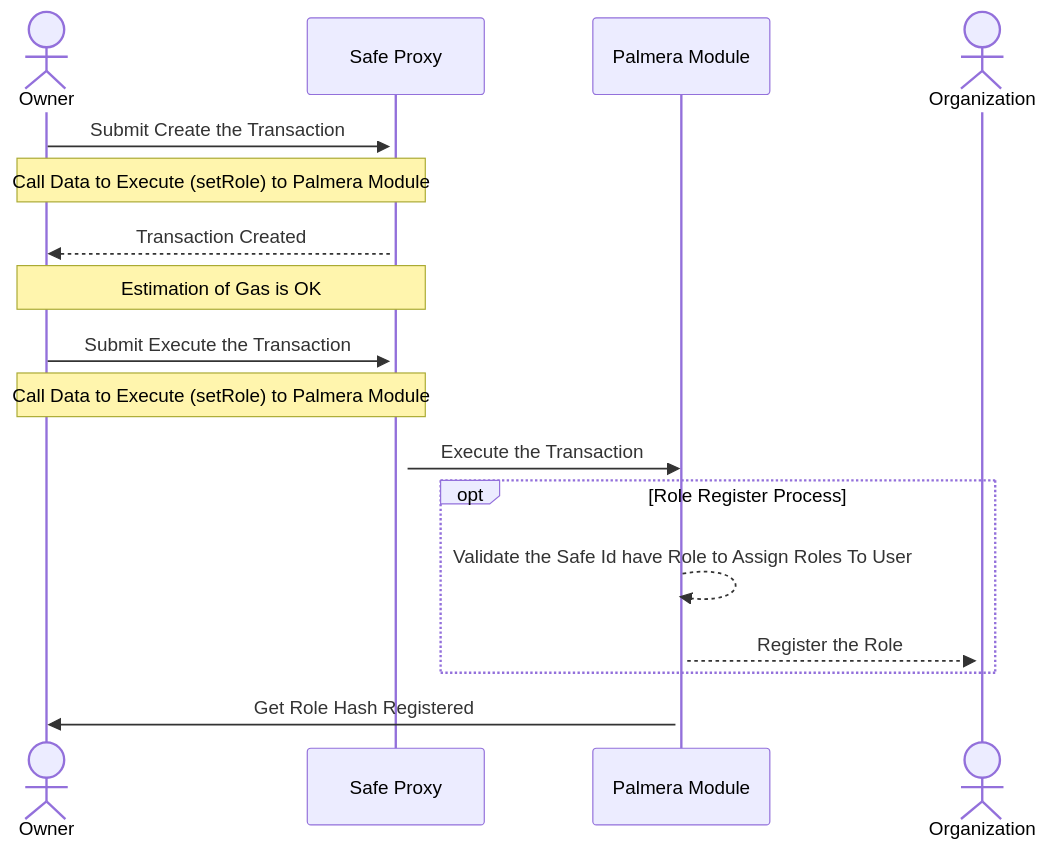
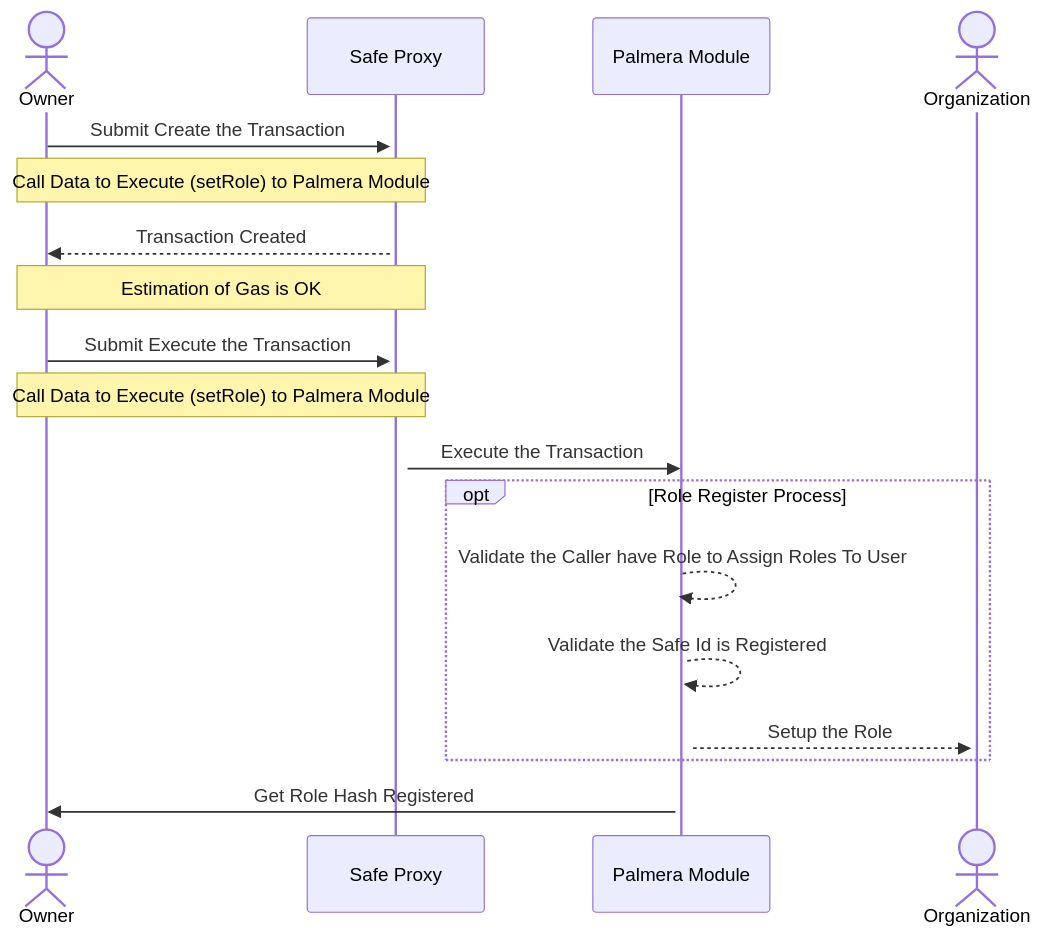
One commit to keyper-labs/PalmeraModule changed the fourth of 8 diagrams in doc/diagram/General Overview of Diagram.md. Above: the diagram before and after it, drawn with Mermaid. The commit also changed other lines of this file, not shown here.

Commit message:
ADD: add more diagrams

````diff
--- a/doc/diagram/General Overview of Diagram.md
+++ b/doc/diagram/General Overview of Diagram.md
@@ -132,20 +132,21 @@
 ```mermaid
 sequenceDiagram
     actor OW as Owner
     participant S as Safe Proxy
     participant PM as Palmera Module
     actor O as Organization
 
     OW->>+S: Submit Create the Transaction 
     Note over OW,S: Call Data to Execute (setRole) to Palmera Module
     S-->>OW: Transaction Created
     Note over OW,S: Estimation of Gas is OK
     OW->>+S: Submit Execute the Transaction
     Note over OW,S: Call Data to Execute (setRole) to Palmera Module
     S->>PM: Execute the Transaction
     opt Role Register Process
-        PM-->>+PM: Validate the Safe Id have Role to Assign Roles To User
-        PM-->>+O: Register the Role
+        PM-->>+PM: Validate the Caller have Role to Assign Roles To User
+        PM-->>+PM: Validate the Safe Id is Registered
+        PM-->>+O: Setup the Role
     end
     PM->>OW: Get Role Hash Registered
 ```
````
